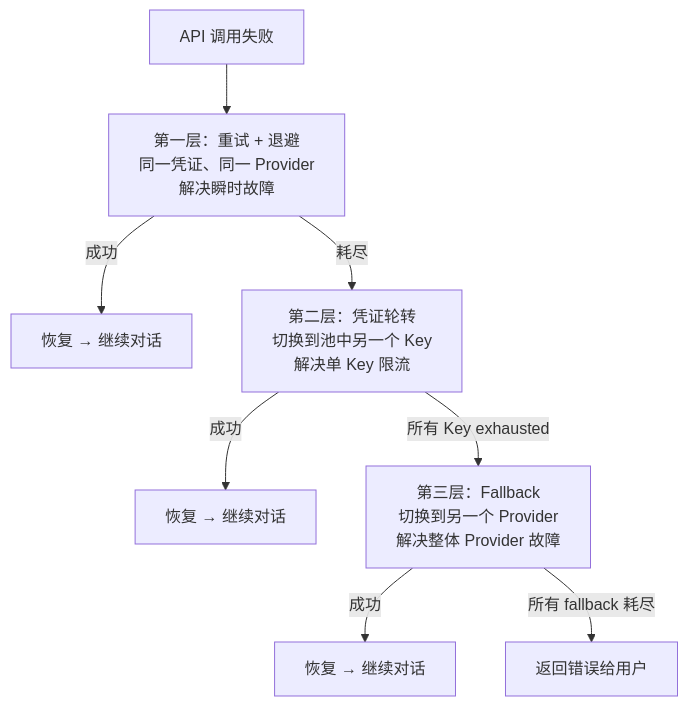
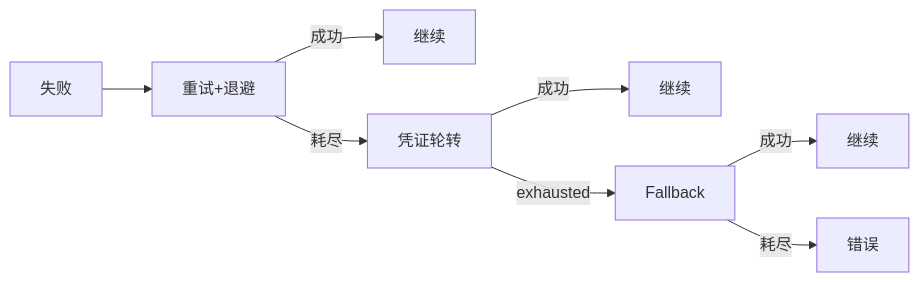
The eighth of 9 diagrams in docs/zh/02-Agent核心.md (fang-lin/hermes-agent-code-analysis), drawn with Mermaid before and after one commit. The commit also changed other lines of this file and 1 other file, not shown here.

First line of the commit message:
第 02 章：所有图表 layout 紧凑化——节点文字精简，细节留给正文

````diff
--- a/docs/zh/02-Agent核心.md
+++ b/docs/zh/02-Agent核心.md
@@ -380,19 +347,10 @@
 ```mermaid
-flowchart TD
-    FAIL["API 调用失败"]
-    L1["第一层：重试 + 退避<br/>同一凭证、同一 Provider<br/>解决瞬时故障"]
-    L1OK["恢复 → 继续对话"]
-    L2["第二层：凭证轮转<br/>切换到池中另一个 Key<br/>解决单 Key 限流"]
-    L2OK["恢复 → 继续对话"]
-    L3["第三层：Fallback<br/>切换到另一个 Provider<br/>解决整体 Provider 故障"]
-    L3OK["恢复 → 继续对话"]
-    ERR["返回错误给用户"]
-
-    FAIL --> L1
-    L1 -->|成功| L1OK
-    L1 -->|耗尽| L2
-    L2 -->|成功| L2OK
-    L2 -->|所有 Key exhausted| L3
-    L3 -->|成功| L3OK
-    L3 -->|所有 fallback 耗尽| ERR
+flowchart LR
+    FAIL["失败"] --> L1["重试+退避"]
+    L1 -->|成功| OK1["继续"]
+    L1 -->|耗尽| L2["凭证轮转"]
+    L2 -->|成功| OK2["继续"]
+    L2 -->|exhausted| L3["Fallback"]
+    L3 -->|成功| OK3["继续"]
+    L3 -->|耗尽| ERR["错误"]
 ```
````
